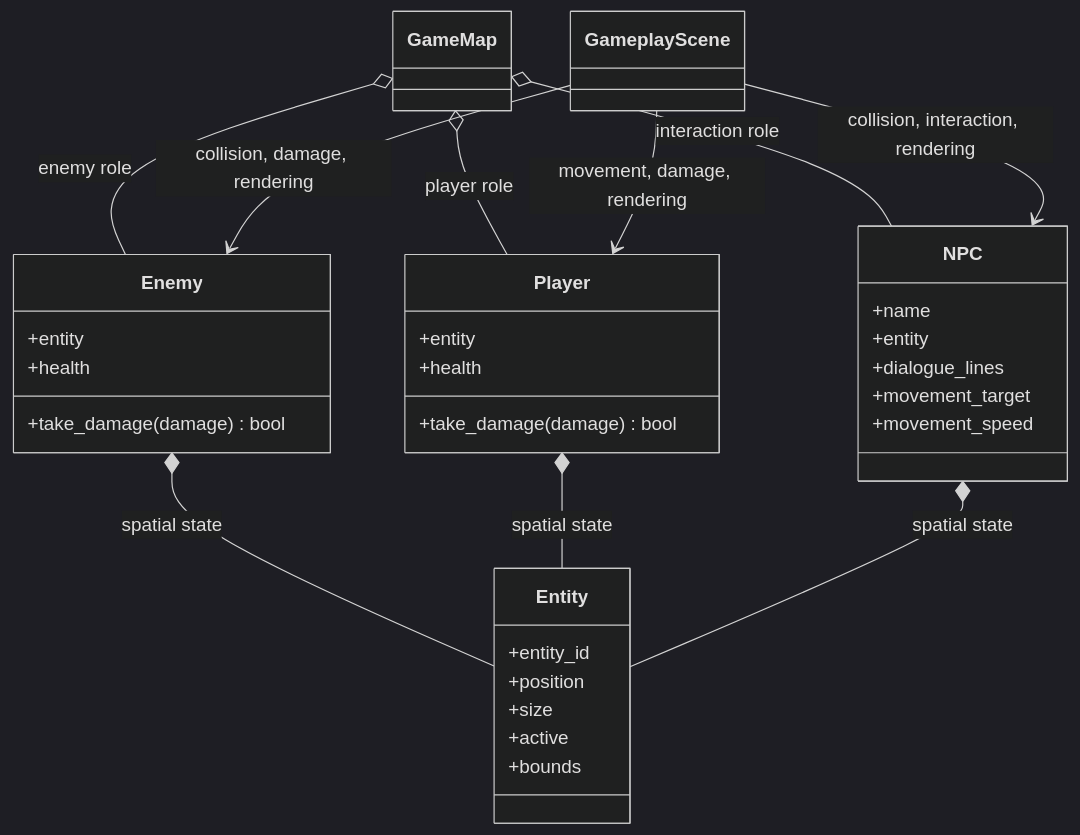
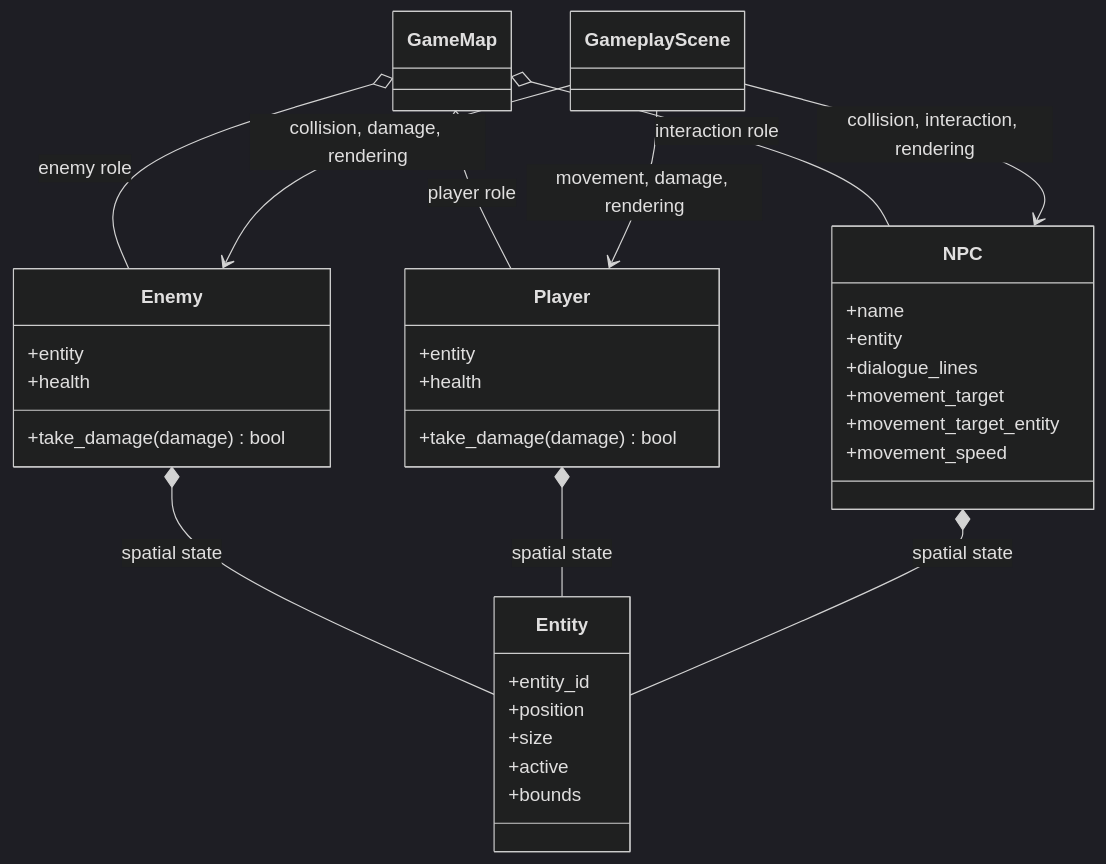
One commit to VincentMardon/my_first_adventure_game changed the diagram in docs/architecture/entities.md. Above: the diagram before and after it, drawn with Mermaid (dark theme). The commit also changed other lines of this file and 16 other files, not shown here.

````diff
--- a/docs/architecture/entities.md
+++ b/docs/architecture/entities.md
@@ -67,40 +69,41 @@
 ```mermaid
 classDiagram
     class Entity {
         +entity_id
         +position
         +size
         +active
         +bounds
     }
 
     class Enemy {
         +entity
         +health
         +take_damage(damage) bool
     }
 
     class Player {
         +entity
         +health
         +take_damage(damage) bool
     }
 
     class NPC {
         +name
         +entity
         +dialogue_lines
         +movement_target
+        +movement_target_entity
         +movement_speed
     }
 
     Enemy *-- Entity : spatial state
     Player *-- Entity : spatial state
     NPC *-- Entity : spatial state
     GameMap o-- Enemy : enemy role
     GameMap o-- NPC : interaction role
     GameMap o-- Player : player role
     GameplayScene --> Enemy : collision, damage, rendering
     GameplayScene --> NPC : collision, interaction, rendering
     GameplayScene --> Player : movement, damage, rendering
 ```
````
